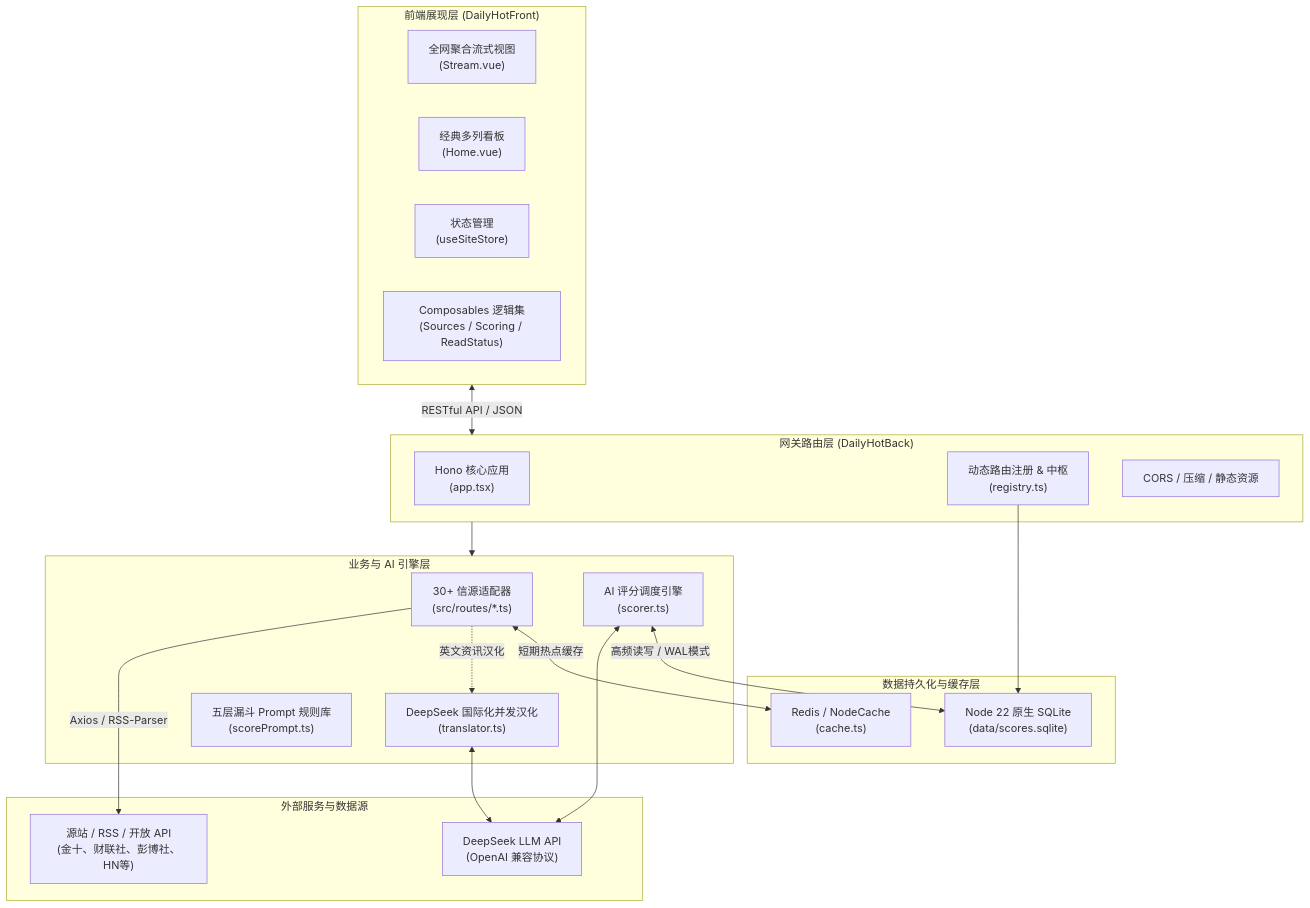
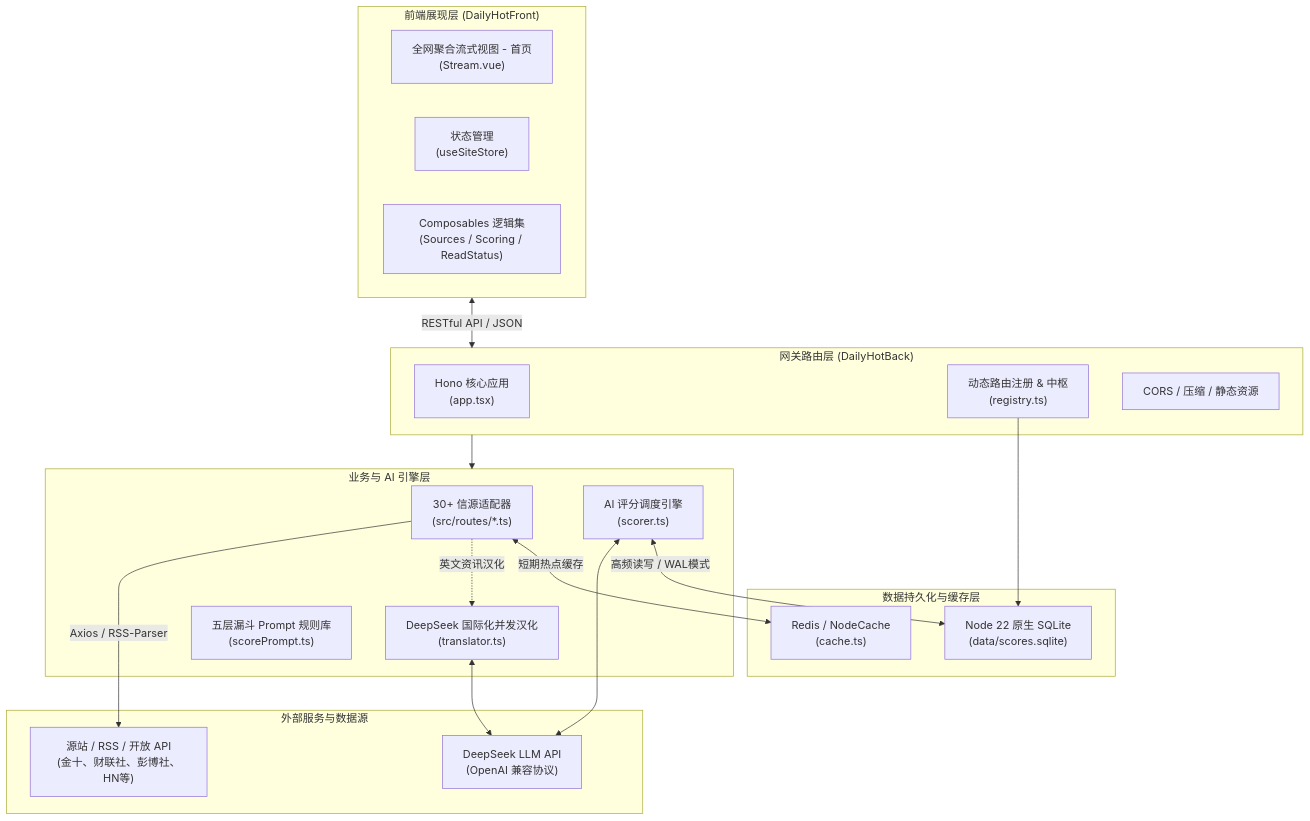
Before and after one commit to g39088902/DailyHotApi: the first of 3 diagrams in AGENTS.md, drawn with Mermaid. The commit also changed other lines of this file, not shown here.

Commit message:
docs: sync AGENTS.md with stream home view changes

````diff
--- a/AGENTS.md
+++ b/AGENTS.md
@@ -58,42 +58,41 @@
 ```mermaid
 flowchart TD
     subgraph Client["前端展现层 (DailyHotFront)"]
-        StreamView["全网聚合流式视图\n(Stream.vue)"]
-        BoardView["经典多列看板\n(Home.vue)"]
+        StreamView["全网聚合流式视图 - 首页\n(Stream.vue)"]
         PiniaStore["状态管理\n(useSiteStore)"]
         StreamComposables["Composables 逻辑集\n(Sources / Scoring / ReadStatus)"]
     end
 
     subgraph Gateway["网关路由层 (DailyHotBack)"]
         HonoApp["Hono 核心应用\n(app.tsx)"]
         Registry["动态路由注册 & 中枢\n(registry.ts)"]
         CORS["CORS / 压缩 / 静态资源"]
     end
 
     subgraph Service["业务与 AI 引擎层"]
         CrawlerLayer["30+ 信源适配器\n(src/routes/*.ts)"]
         Translator["DeepSeek 国际化并发汉化\n(translator.ts)"]
         Scorer["AI 评分调度引擎\n(scorer.ts)"]
         PromptEngine["五层漏斗 Prompt 规则库\n(scorePrompt.ts)"]
     end
 
     subgraph Storage["数据持久化与缓存层"]
         SQLiteDB["Node 22 原生 SQLite\n(data/scores.sqlite)"]
         Cache["Redis / NodeCache\n(cache.ts)"]
     end
 
     subgraph External["外部服务与数据源"]
         TargetSites["源站 / RSS / 开放 API\n(金十、财联社、彭博社、HN等)"]
         DeepSeekLLM["DeepSeek LLM API\n(OpenAI 兼容协议)"]
     end
 
     Client <-->|RESTful API / JSON| Gateway
     Gateway --> Service
     CrawlerLayer -->|Axios / RSS-Parser| TargetSites
     CrawlerLayer -.->|英文资讯汉化| Translator
     Translator <--> DeepSeekLLM
     Scorer <--> DeepSeekLLM
     Scorer <-->|高频读写 / WAL模式| SQLiteDB
     CrawlerLayer <-->|短期热点缓存| Cache
     Registry --> SQLiteDB
 ```
````
